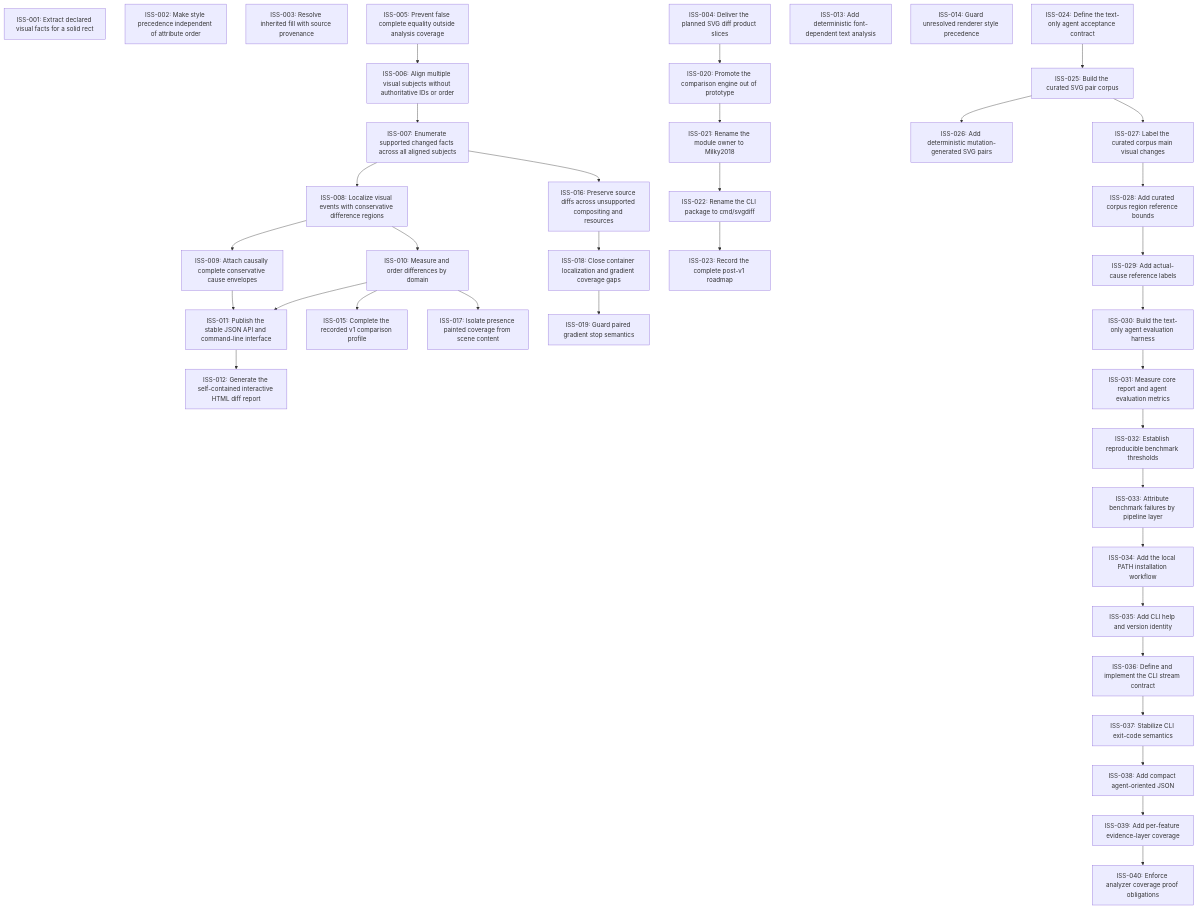
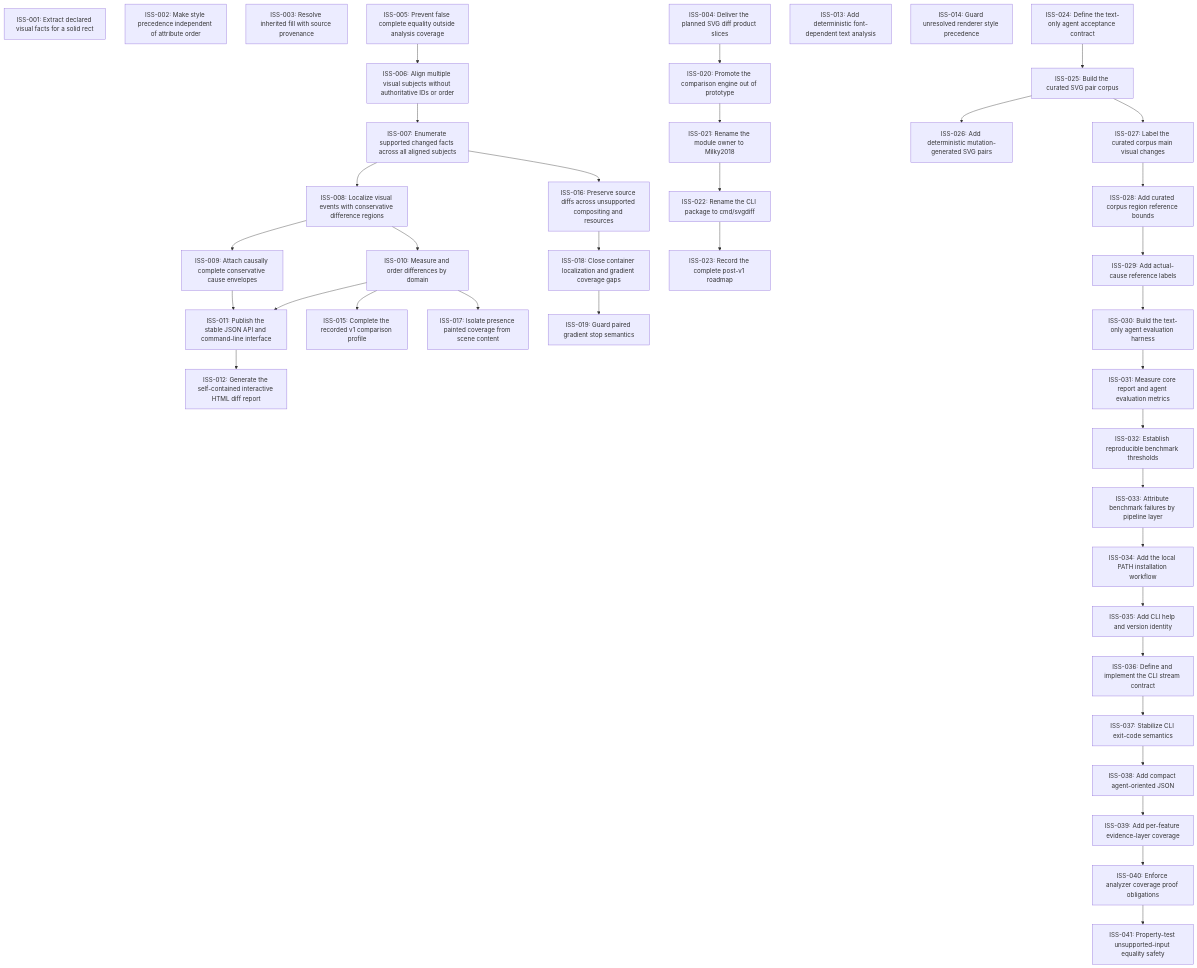
Before and after one commit to moonbit-community/svgdiff: the diagram in issues/README.md, drawn with Mermaid. The commit also changed 8 other files, not shown here.

Commit message:
Property-test unsupported coverage

````diff
--- a/issues/README.md
+++ b/issues/README.md
@@ -18,76 +18,78 @@
 ```mermaid
 graph TD
   ISS_001["ISS-001: Extract declared visual facts for a solid rect"]
   ISS_002["ISS-002: Make style precedence independent of attribute order"]
   ISS_003["ISS-003: Resolve inherited fill with source provenance"]
   ISS_004["ISS-004: Deliver the planned SVG diff product slices"]
   ISS_005["ISS-005: Prevent false complete equality outside analysis coverage"]
   ISS_006["ISS-006: Align multiple visual subjects without authoritative IDs or order"]
   ISS_007["ISS-007: Enumerate supported changed facts across all aligned subjects"]
   ISS_008["ISS-008: Localize visual events with conservative difference regions"]
   ISS_009["ISS-009: Attach causally complete conservative cause envelopes"]
   ISS_010["ISS-010: Measure and order differences by domain"]
   ISS_011["ISS-011: Publish the stable JSON API and command-line interface"]
   ISS_012["ISS-012: Generate the self-contained interactive HTML diff report"]
   ISS_013["ISS-013: Add deterministic font-dependent text analysis"]
   ISS_014["ISS-014: Guard unresolved renderer style precedence"]
   ISS_015["ISS-015: Complete the recorded v1 comparison profile"]
   ISS_016["ISS-016: Preserve source diffs across unsupported compositing and resources"]
   ISS_017["ISS-017: Isolate presence painted coverage from scene content"]
   ISS_018["ISS-018: Close container localization and gradient coverage gaps"]
   ISS_019["ISS-019: Guard paired gradient stop semantics"]
   ISS_020["ISS-020: Promote the comparison engine out of prototype"]
   ISS_021["ISS-021: Rename the module owner to Milky2018"]
   ISS_022["ISS-022: Rename the CLI package to cmd/svgdiff"]
   ISS_023["ISS-023: Record the complete post-v1 roadmap"]
   ISS_024["ISS-024: Define the text-only agent acceptance contract"]
   ISS_025["ISS-025: Build the curated SVG pair corpus"]
   ISS_026["ISS-026: Add deterministic mutation-generated SVG pairs"]
   ISS_027["ISS-027: Label the curated corpus main visual changes"]
   ISS_028["ISS-028: Add curated corpus region reference bounds"]
   ISS_029["ISS-029: Add actual-cause reference labels"]
   ISS_030["ISS-030: Build the text-only agent evaluation harness"]
   ISS_031["ISS-031: Measure core report and agent evaluation metrics"]
   ISS_032["ISS-032: Establish reproducible benchmark thresholds"]
   ISS_033["ISS-033: Attribute benchmark failures by pipeline layer"]
   ISS_034["ISS-034: Add the local PATH installation workflow"]
   ISS_035["ISS-035: Add CLI help and version identity"]
   ISS_036["ISS-036: Define and implement the CLI stream contract"]
   ISS_037["ISS-037: Stabilize CLI exit-code semantics"]
   ISS_038["ISS-038: Add compact agent-oriented JSON"]
   ISS_039["ISS-039: Add per-feature evidence-layer coverage"]
   ISS_040["ISS-040: Enforce analyzer coverage proof obligations"]
+  ISS_041["ISS-041: Property-test unsupported-input equality safety"]
   ISS_005 --> ISS_006
   ISS_006 --> ISS_007
   ISS_007 --> ISS_008
   ISS_008 --> ISS_009
   ISS_008 --> ISS_010
   ISS_009 --> ISS_011
   ISS_010 --> ISS_011
   ISS_011 --> ISS_012
   ISS_010 --> ISS_015
   ISS_007 --> ISS_016
   ISS_010 --> ISS_017
   ISS_016 --> ISS_018
   ISS_018 --> ISS_019
   ISS_004 --> ISS_020
   ISS_020 --> ISS_021
   ISS_021 --> ISS_022
   ISS_022 --> ISS_023
   ISS_024 --> ISS_025
   ISS_025 --> ISS_026
   ISS_025 --> ISS_027
   ISS_027 --> ISS_028
   ISS_028 --> ISS_029
   ISS_029 --> ISS_030
   ISS_030 --> ISS_031
   ISS_031 --> ISS_032
   ISS_032 --> ISS_033
   ISS_033 --> ISS_034
   ISS_034 --> ISS_035
   ISS_035 --> ISS_036
   ISS_036 --> ISS_037
   ISS_037 --> ISS_038
   ISS_038 --> ISS_039
   ISS_039 --> ISS_040
+  ISS_040 --> ISS_041
 ```
````
